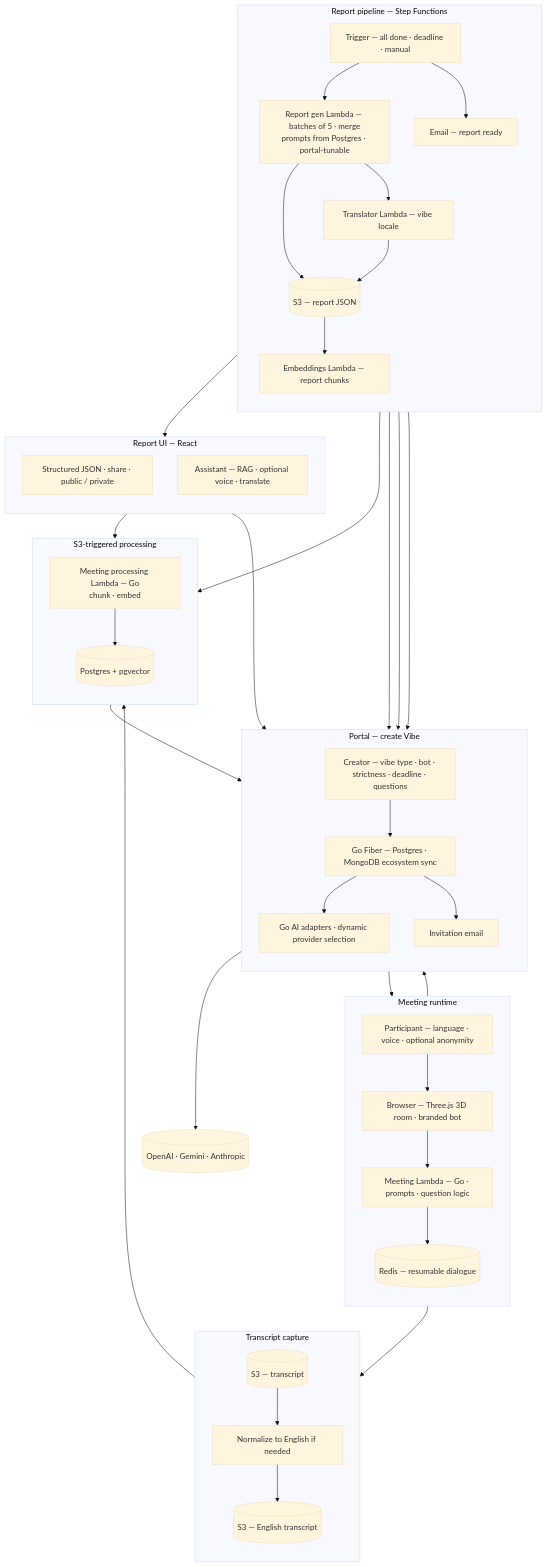
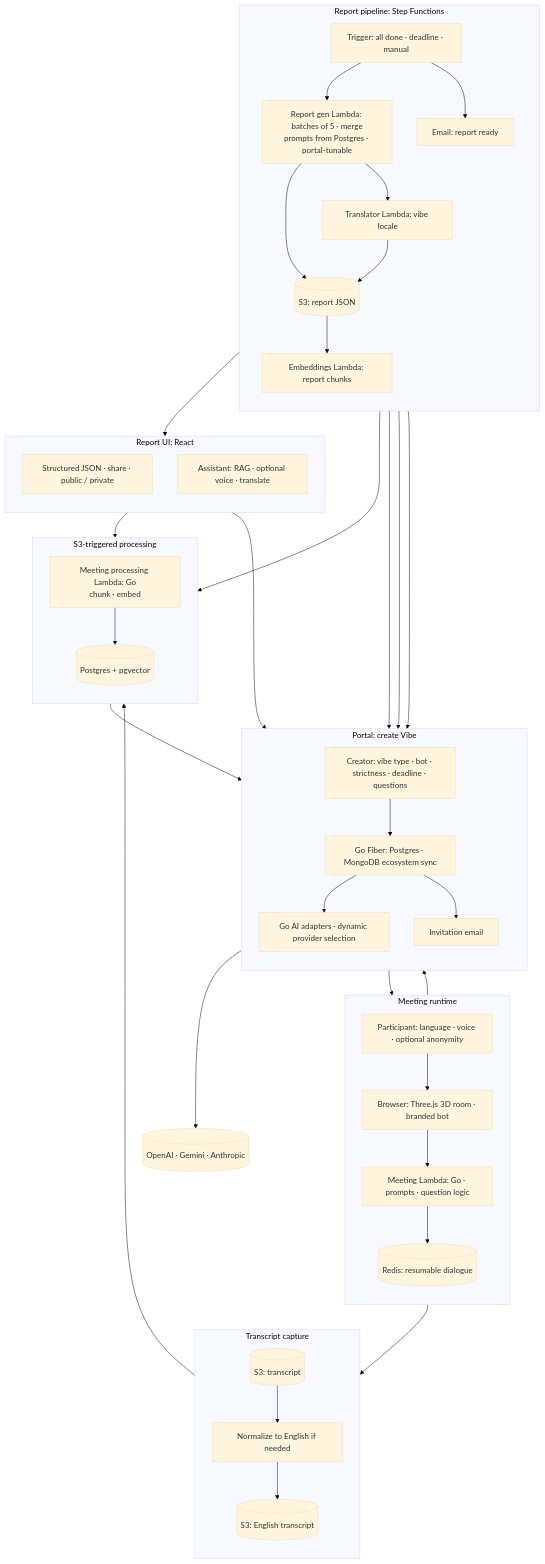
One commit to malik-sohaib-dev/malik-sohaib-portfolio changed the diagram in src/data/architecture/arthur-vibe.mmd. Above: the diagram before and after it, drawn with Mermaid (base theme). The commit also changed 14 other files, not shown here.

```diff
--- a/src/data/architecture/arthur-vibe.mmd
+++ b/src/data/architecture/arthur-vibe.mmd
@@ -1,70 +1,70 @@
 flowchart TB
   ADP["Go AI adapters · dynamic provider selection"]
   LLM[("OpenAI · Gemini · Anthropic")]
   PG[("Postgres + pgvector")]
 
   ADP --> LLM
 
-  subgraph portal["Portal — create Vibe"]
+  subgraph portal["Portal: create Vibe"]
     direction TB
-    CR["Creator — vibe type · bot · strictness · deadline · questions"]
-    API["Go Fiber — Postgres · MongoDB ecosystem sync"]
+    CR["Creator: vibe type · bot · strictness · deadline · questions"]
+    API["Go Fiber: Postgres · MongoDB ecosystem sync"]
     CR --> API
     API --> INV["Invitation email"]
     API --> ADP
   end
 
   subgraph meet["Meeting runtime"]
     direction TB
-    PT["Participant — language · voice · optional anonymity"]
-    R3D["Browser — Three.js 3D room · branded bot"]
-    ML["Meeting Lambda — Go · prompts · question logic"]
-    RD[("Redis — resumable dialogue")]
+    PT["Participant: language · voice · optional anonymity"]
+    R3D["Browser: Three.js 3D room · branded bot"]
+    ML["Meeting Lambda: Go · prompts · question logic"]
+    RD[("Redis: resumable dialogue")]
     INV --> PT
     PT --> R3D
     R3D --> ML
     ML --> RD
     ML --> ADP
   end
 
   subgraph transcripts["Transcript capture"]
     direction TB
-    ML --> S3T[("S3 — transcript")]
+    ML --> S3T[("S3: transcript")]
     S3T --> TEN["Normalize to English if needed"]
-    TEN --> S3EN[("S3 — English transcript")]
+    TEN --> S3EN[("S3: English transcript")]
   end
 
   subgraph ingest["S3-triggered processing"]
     direction TB
-    S3EN --> PLAMB["Meeting processing Lambda — Go<br/>chunk · embed"]
+    S3EN --> PLAMB["Meeting processing Lambda: Go<br/>chunk · embed"]
     PLAMB --> ADP
     PLAMB --> PG
   end
 
-  subgraph orch["Report pipeline — Step Functions"]
+  subgraph orch["Report pipeline: Step Functions"]
     direction TB
-    TR["Trigger — all done · deadline · manual"]
-    GEN["Report gen Lambda — batches of 5 · merge<br/>prompts from Postgres · portal-tunable"]
-    TRL["Translator Lambda — vibe locale"]
-    EMB["Embeddings Lambda — report chunks"]
-    S3R[("S3 — report JSON")]
+    TR["Trigger: all done · deadline · manual"]
+    GEN["Report gen Lambda: batches of 5 · merge<br/>prompts from Postgres · portal-tunable"]
+    TRL["Translator Lambda: vibe locale"]
+    EMB["Embeddings Lambda: report chunks"]
+    S3R[("S3: report JSON")]
     TR --> GEN
     GEN --> ADP
     GEN --> S3R
     GEN --> TRL
     TRL --> ADP
     TRL --> S3R
     S3R --> EMB
     EMB --> ADP
     EMB --> PG
-    TR --> MAIL["Email — report ready"]
+    TR --> MAIL["Email: report ready"]
   end
 
-  subgraph front["Report UI — React"]
+  subgraph front["Report UI: React"]
     direction TB
     UI["Structured JSON · share · public / private"]
-    ASST["Assistant — RAG · optional voice · translate"]
+    ASST["Assistant: RAG · optional voice · translate"]
     S3R --> UI
     ASST --> PG
     ASST --> ADP
   end
```
